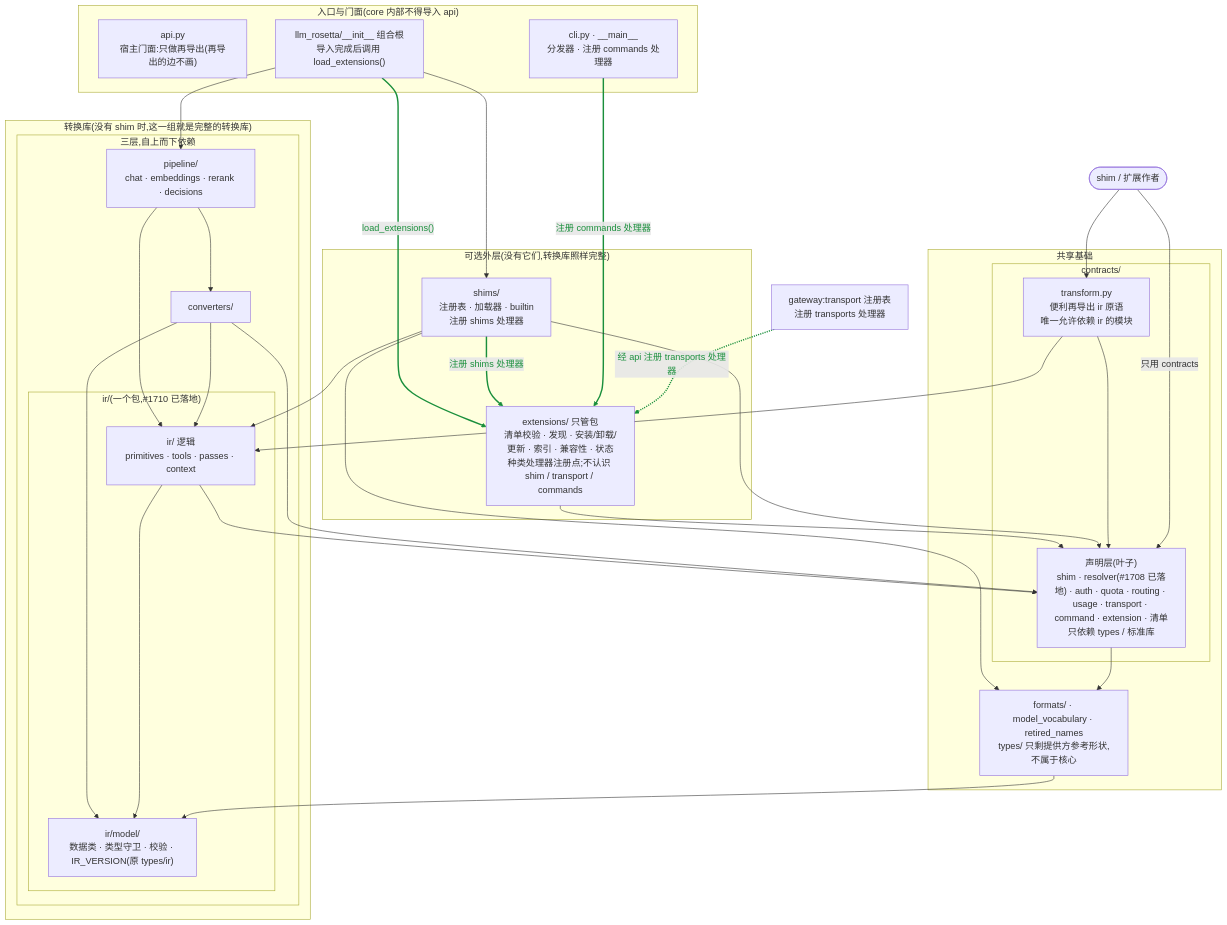
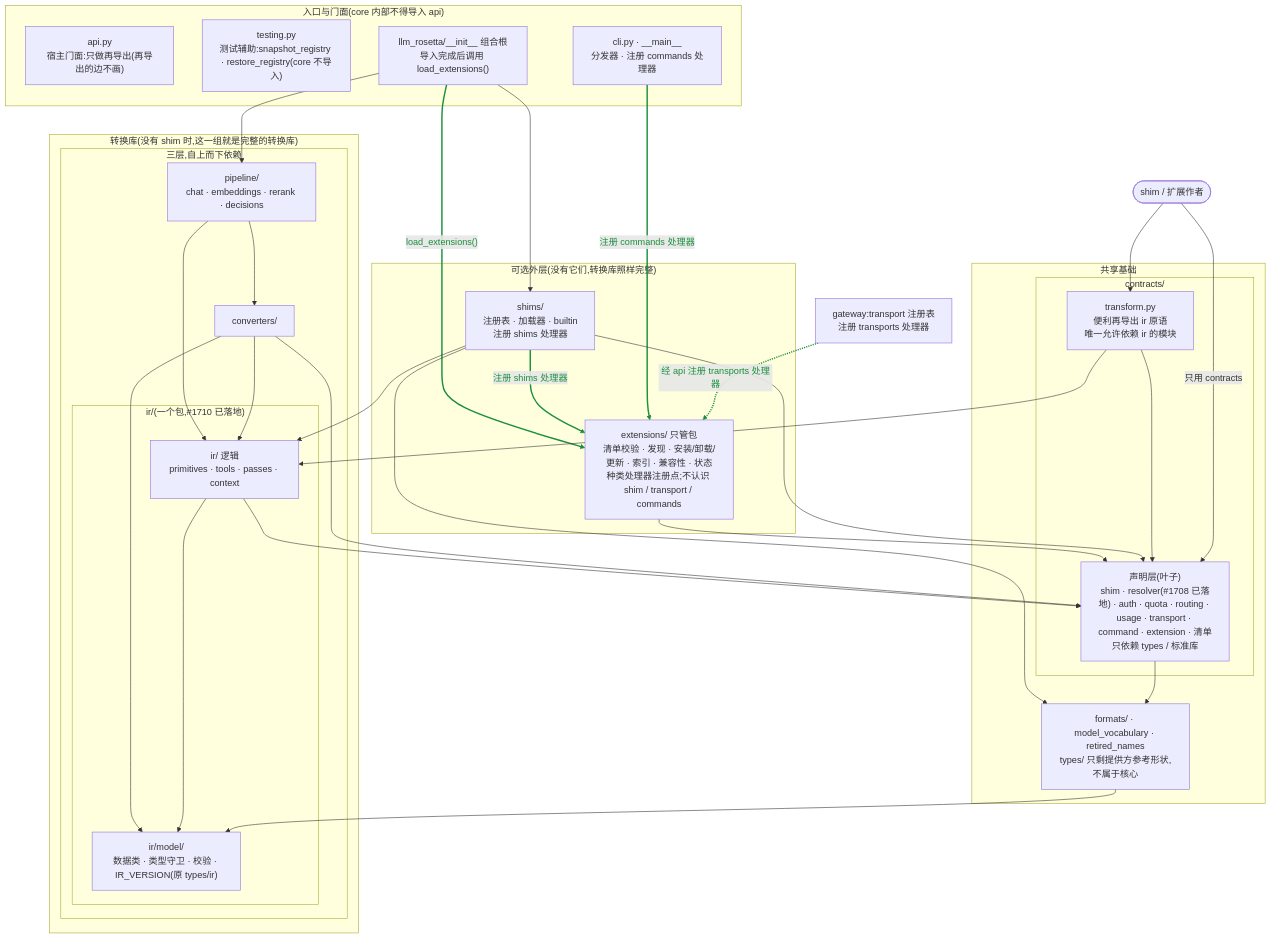
The diagram in core_target.mmd (Oaklight/llm-rosetta), drawn with Mermaid before and after one commit. The commit also changed 3 other files, not shown here.

Commit message:
core: show llm_rosetta.testing in the facade group (#1715, #1706)

```diff
--- a/core_target.mmd
+++ b/core_target.mmd
@@ -1,59 +1,60 @@
 flowchart TB
   AUTHOR(["shim / 扩展作者"])
   GW["gateway:transport 注册表<br/>注册 transports 处理器"]
   subgraph FACADE["入口与门面(core 内部不得导入 api)"]
     API["api.py<br/>宿主门面:只做再导出(再导出的边不画)"]
+    TESTING["testing.py<br/>测试辅助:snapshot_registry · restore_registry(core 不导入)"]
     INIT["llm_rosetta/__init__ 组合根<br/>导入完成后调用 load_extensions()"]
     CLI["cli.py · __main__<br/>分发器 · 注册 commands 处理器"]
   end
   subgraph CORE["转换库(没有 shim 时,这一组就是完整的转换库)"]
     subgraph TIERS["三层,自上而下依赖"]
       PIPE["pipeline/<br/>chat · embeddings · rerank · decisions"]
       CVT["converters/"]
       subgraph IRCORE["ir/(一个包,#1710 已落地)"]
         IROPS["ir/ 逻辑<br/>primitives · tools · passes · context"]
         IRMODEL["ir/model/<br/>数据类 · 类型守卫 · 校验 · IR_VERSION(原 types/ir)"]
       end
     end
   end
   subgraph OPT["可选外层(没有它们,转换库照样完整)"]
     EXTS["extensions/ 只管包<br/>清单校验 · 发现 · 安装/卸载/更新 · 索引 · 兼容性 · 状态<br/>种类处理器注册点;不认识 shim / transport / commands"]
     SHIM["shims/<br/>注册表 · 加载器 · builtin<br/>注册 shims 处理器"]
   end
   subgraph FOUND["共享基础"]
     subgraph CONS["contracts/"]
       CDECL["声明层(叶子)<br/>shim · resolver(#1708 已落地) · auth · quota · routing · usage · transport · command · extension · 清单<br/>只依赖 types / 标准库"]
       CXF["transform.py<br/>便利再导出 ir 原语<br/>唯一允许依赖 ir 的模块"]
     end
     FMT["formats/ · model_vocabulary · retired_names<br/>types/ 只剩提供方参考形状,不属于核心"]
   end
 
 
   INIT --> PIPE
   INIT --> SHIM
   INIT -->|"load_extensions()"| EXTS
   SHIM -->|"注册 shims 处理器"| EXTS
   CLI -->|"注册 commands 处理器"| EXTS
   GW -.->|"经 api 注册 transports 处理器"| EXTS
   EXTS --> CDECL
   SHIM --> CDECL
   SHIM --> IROPS
   SHIM --> FMT
   PIPE --> CVT
   PIPE --> IROPS
   CVT --> IROPS
   CVT --> IRMODEL
   CVT --> CDECL
   IROPS --> CDECL
   IROPS --> IRMODEL
   FMT --> IRMODEL
   CXF --> IROPS
   CXF --> CDECL
   CDECL --> FMT
   AUTHOR -->|"只用 contracts"| CDECL
   AUTHOR --> CXF
 
   linkStyle 2 stroke:#1a8f3c,stroke-width:2.5px,color:#1a8f3c
   linkStyle 3 stroke:#1a8f3c,stroke-width:2.5px,color:#1a8f3c
   linkStyle 4 stroke:#1a8f3c,stroke-width:2.5px,color:#1a8f3c
   linkStyle 5 stroke:#1a8f3c,stroke-width:2.5px,color:#1a8f3c
```
